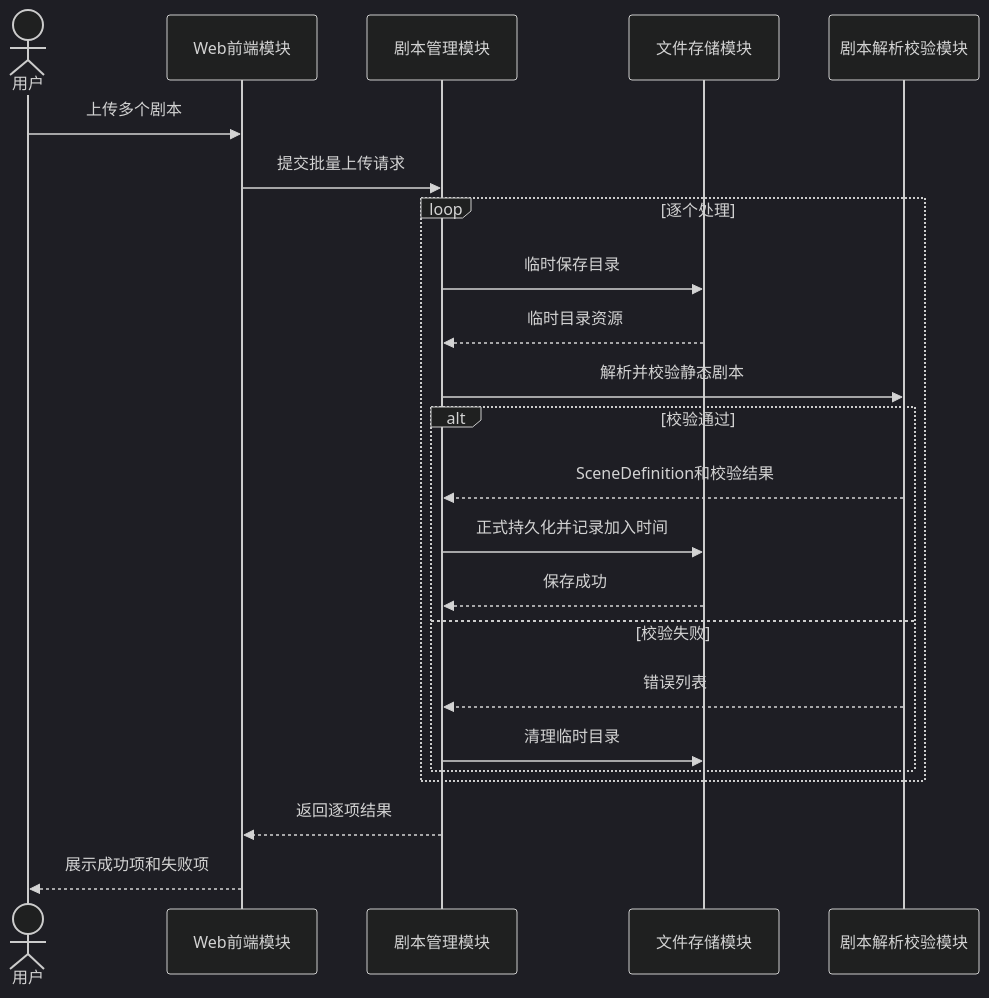
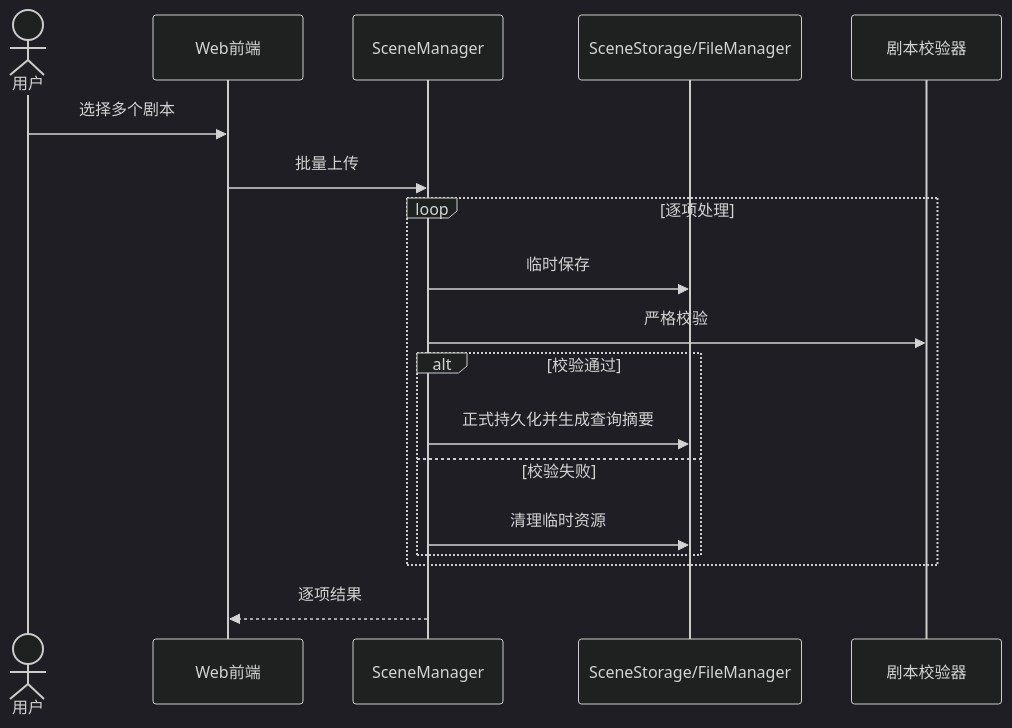
One commit to RIVERS0FT/AgentNetwork changed the second of 4 diagrams in docs/剧本管理设计.md. Above: the diagram before and after it, drawn with Mermaid (dark theme). The commit also changed other lines of this file, not shown here.

````diff
--- a/docs/剧本管理设计.md
+++ b/docs/剧本管理设计.md
@@ -269,26 +280,21 @@
 ```mermaid
 sequenceDiagram
     actor User as 用户
-    participant Web as Web前端模块
-    participant SceneMgr as 剧本管理模块
-    participant Store as 文件存储模块
-    participant Parser as 剧本解析校验模块
+    participant Web as Web前端
+    participant SceneMgr as SceneManager
+    participant Store as SceneStorage/FileManager
+    participant Validator as 剧本校验器
 
-    User->>Web: 上传多个剧本
-    Web->>SceneMgr: 提交批量上传请求
-    loop 逐个处理
-        SceneMgr->>Store: 临时保存目录
-        Store-->>SceneMgr: 临时目录资源
-        SceneMgr->>Parser: 解析并校验静态剧本
+    User->>Web: 选择多个剧本
+    Web->>SceneMgr: 批量上传
+    loop 逐项处理
+        SceneMgr->>Store: 临时保存
+        SceneMgr->>Validator: 严格校验
         alt 校验通过
-            Parser-->>SceneMgr: SceneDefinition和校验结果
-            SceneMgr->>Store: 正式持久化并记录加入时间
-            Store-->>SceneMgr: 保存成功
+            SceneMgr->>Store: 正式持久化并生成查询摘要
         else 校验失败
-            Parser-->>SceneMgr: 错误列表
-            SceneMgr->>Store: 清理临时目录
+            SceneMgr->>Store: 清理临时资源
         end
     end
-    SceneMgr-->>Web: 返回逐项结果
-    Web-->>User: 展示成功项和失败项
+    SceneMgr-->>Web: 逐项结果
 ```
````
